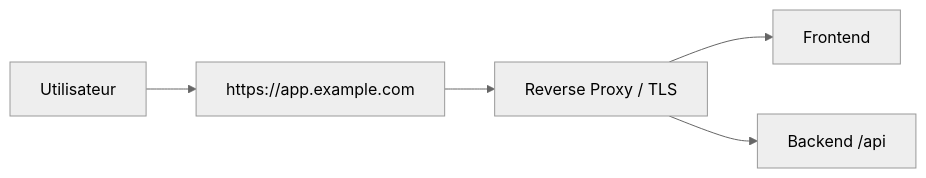
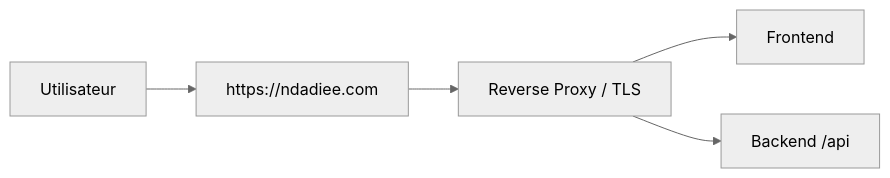
One commit to gaye-00/ndadiee changed the diagram in docs/07-deploiement/nom-de-domaine-et-https.md. Above: the diagram before and after it, drawn with Mermaid (neutral theme). The commit also changed other lines of this file and 17 other files, not shown here.

````diff
--- a/docs/07-deploiement/nom-de-domaine-et-https.md
+++ b/docs/07-deploiement/nom-de-domaine-et-https.md
@@ -38,7 +38,7 @@
 ```mermaid
 flowchart LR
-    U[Utilisateur] --> D[https://app.example.com]
+    U[Utilisateur] --> D[https://ndadiee.com]
     D --> RP[Reverse Proxy / TLS]
     RP --> FE[Frontend]
     RP --> BE[Backend /api]
 ```
````
